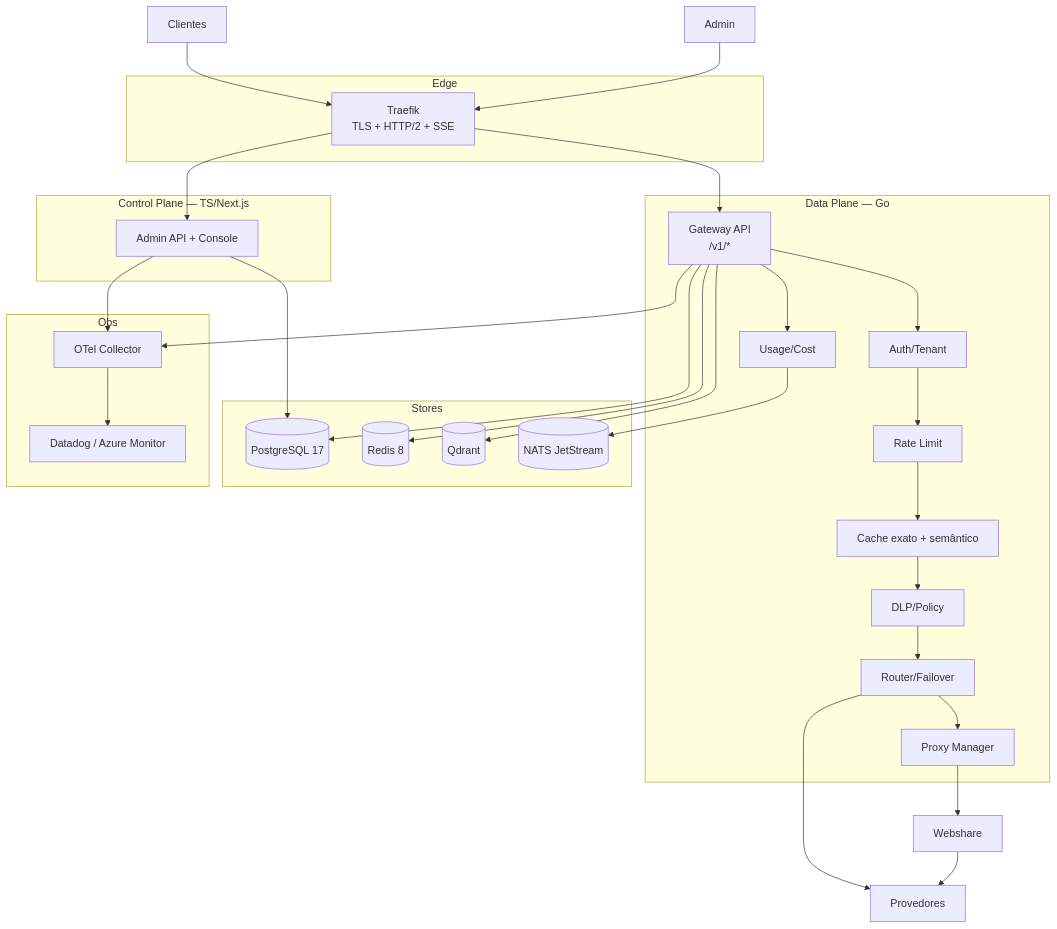
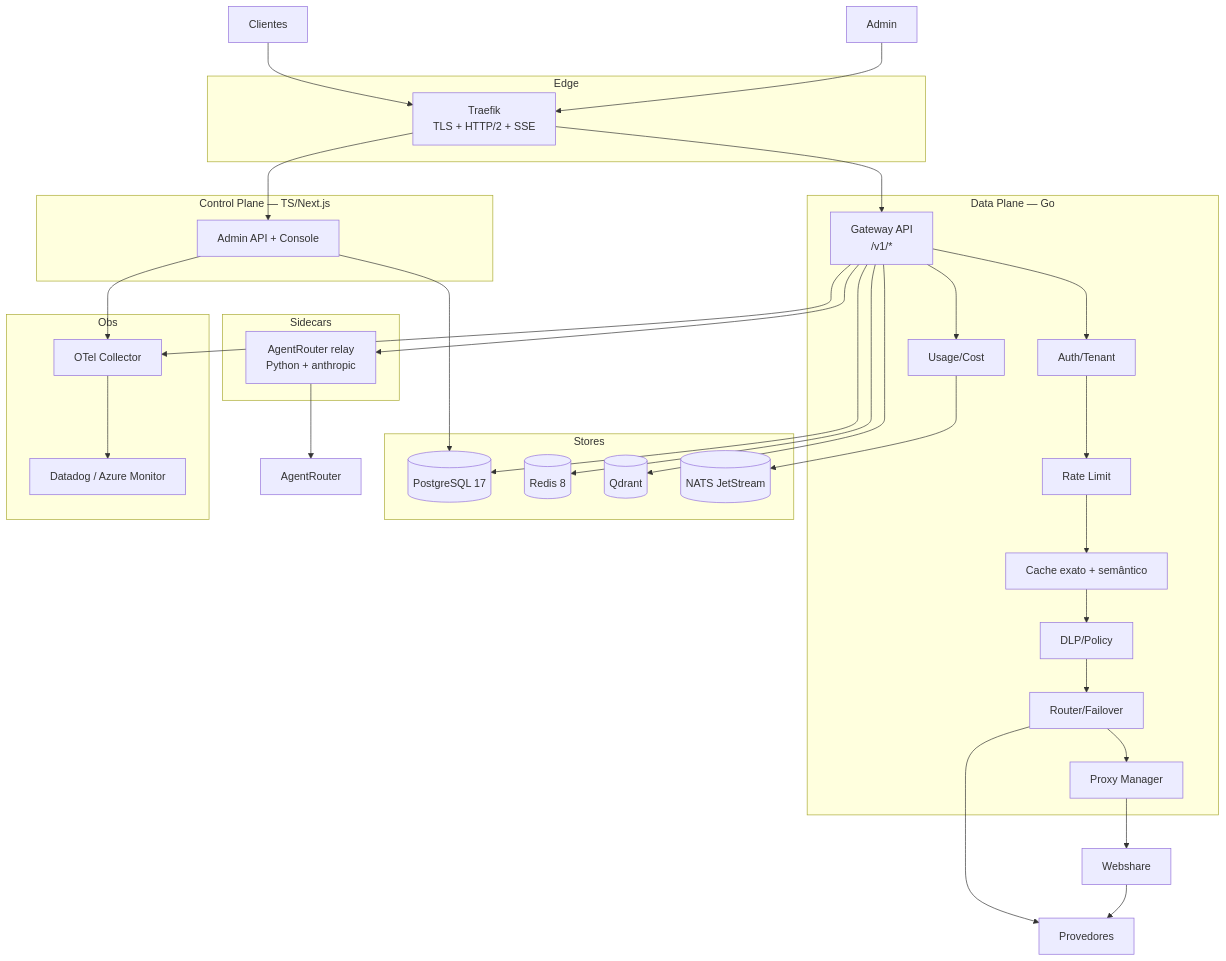
One commit to alltomatos/dontstop changed the second of 5 diagrams in docs/architecture/ADD.md. Above: the diagram before and after it, drawn with Mermaid. The commit also changed other lines of this file and 161 other files, not shown here.

````diff
--- a/docs/architecture/ADD.md
+++ b/docs/architecture/ADD.md
@@ -57,39 +57,43 @@
 ```mermaid
 flowchart TB
     subgraph Edge
         T[Traefik<br/>TLS + HTTP/2 + SSE]
     end
     subgraph DataPlane[Data Plane — Go]
         GW[Gateway API<br/>/v1/*]
         AUTH[Auth/Tenant]
         RL[Rate Limit]
         CACHE[Cache exato + semântico]
         DLP[DLP/Policy]
         ROUTER[Router/Failover]
         PROXY[Proxy Manager]
         USAGE[Usage/Cost]
     end
     subgraph ControlPlane[Control Plane — TS/Next.js]
         ADM[Admin API + Console]
     end
     subgraph Stores
         PG[(PostgreSQL 17)]
         RD[(Redis 8)]
         QD[(Qdrant)]
         NAT[(NATS JetStream)]
     end
     subgraph Obs
         OT[OTel Collector]
         DD[Datadog / Azure Monitor]
     end
+    subgraph Sidecars
+        RELAY[AgentRouter relay<br/>Python + anthropic]
+    end
 
     U[Clientes] --> T --> GW
     A[Admin] --> T --> ADM
     GW --> AUTH --> RL --> CACHE --> DLP --> ROUTER --> PROXY
     ROUTER --> P[Provedores]
     PROXY --> W[Webshare] --> P
+    GW --> RELAY --> AR[AgentRouter]
     GW --> USAGE --> NAT
     GW --> PG & RD & QD
     ADM --> PG
     GW & ADM --> OT --> DD
 ```
````
